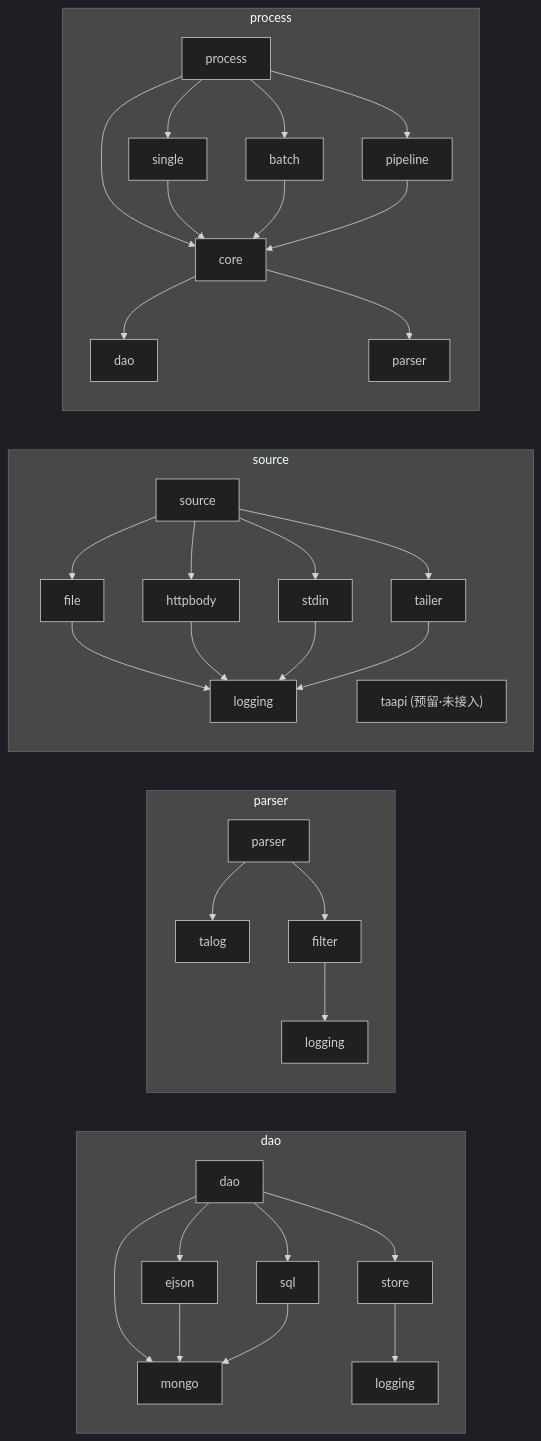
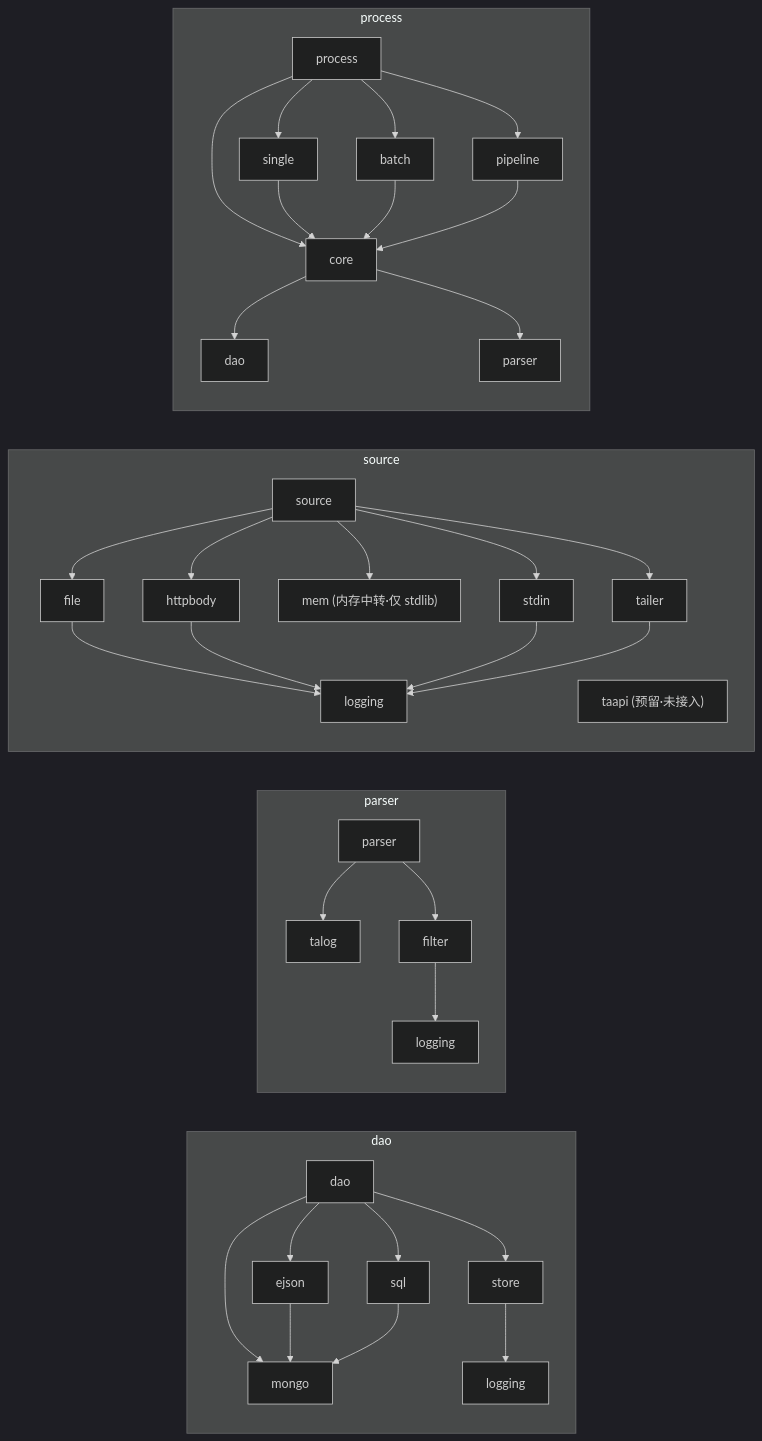
One commit to aura-studio/ta2mongo changed the second of 2 diagrams in doc/v1.7/dependency-graph.md. Above: the diagram before and after it, drawn with Mermaid (dark theme). The commit also changed other lines of this file and 38 other files, not shown here.

````diff
--- a/doc/v1.7/dependency-graph.md
+++ b/doc/v1.7/dependency-graph.md
@@ -124,23 +128,23 @@
 ```mermaid
 graph LR
   subgraph dao_g["dao"]
     daoR["dao"] --> store["store"] & mongo["mongo"] & ejson["ejson"] & sql["sql"]
     ejson --> mongo
     sql --> mongo
     store --> logA["logging"]
   end
   subgraph parser_g["parser"]
     parserR["parser"] --> talog["talog"] & filterN["filter"]
     filterN --> logB["logging"]
   end
   subgraph source_g["source"]
-    sourceR["source"] --> file["file"] & httpbody["httpbody"] & stdin["stdin"] & tailer["tailer"]
+    sourceR["source"] --> file["file"] & httpbody["httpbody"] & mem["mem (内存中转·仅 stdlib)"] & stdin["stdin"] & tailer["tailer"]
     file & httpbody & stdin & tailer --> logC["logging"]
     taapi["taapi (预留·未接入)"]
   end
   subgraph process_g["process"]
     processR["process"] --> core["core"] & single["single"] & batch["batch"] & pipeline["pipeline"]
     single & batch & pipeline --> core
     core --> daoX["dao"] & parserX["parser"]
   end
 ```
````
